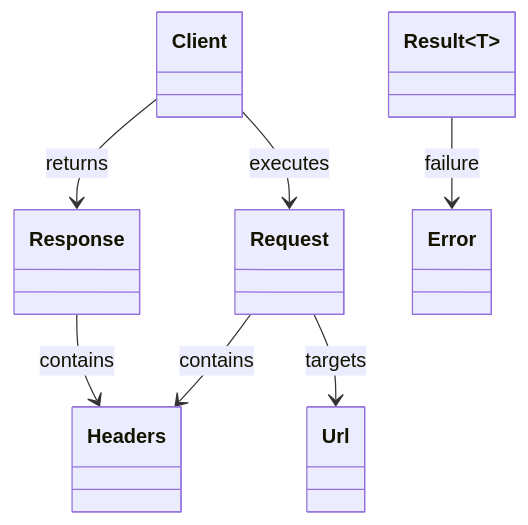
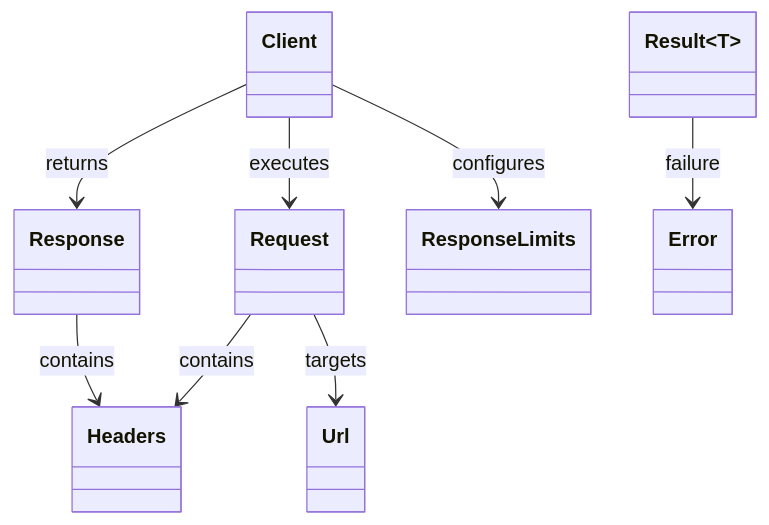
The first of 2 diagrams in docs/api/public-api.md (zuudevs/cpp_request), drawn with Mermaid before and after one commit. The commit also changed other lines of this file and 13 other files, not shown here.

````diff
--- a/docs/api/public-api.md
+++ b/docs/api/public-api.md
@@ -42,17 +43,19 @@
 ```mermaid
 classDiagram
     class Client
     class Request
     class Response
+    class ResponseLimits
     class Headers
     class Url
     class Error
     class Result~T~
 
     Client --> Request : executes
     Client --> Response : returns
+    Client --> ResponseLimits : configures
     Request --> Headers : contains
     Request --> Url : targets
     Response --> Headers : contains
     Result~T~ --> Error : failure
 ```
````
